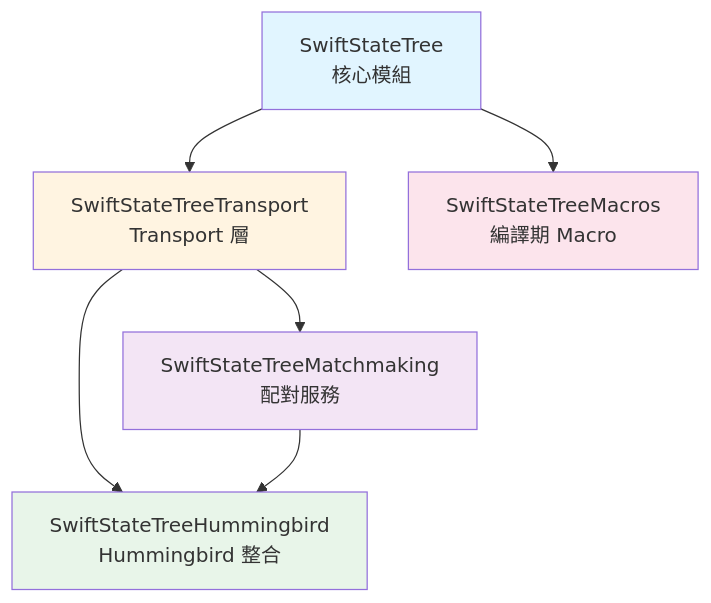
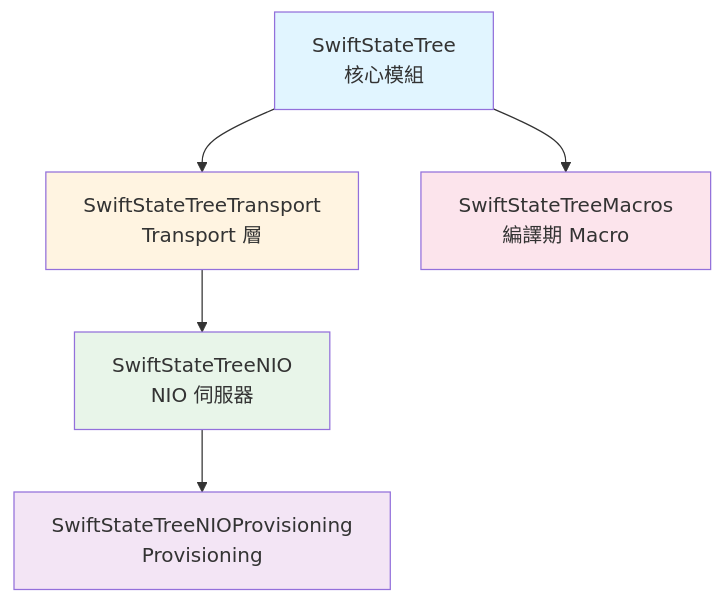
Before and after one commit to gmliao/swift-state-tree: the first of 5 diagrams in docs/overview.zh-TW.md, drawn with Mermaid. The commit also changed other lines of this file and 33 other files, not shown here.

Commit message:
Remove SwiftStateTreeMatchmaking module and related components; integrate matchmaking functionality into NestJS control plane. Archive matchmaking service and lobby functionality, update documentation and testing guidelines accordingly.

````diff
--- a/docs/overview.zh-TW.md
+++ b/docs/overview.zh-TW.md
@@ -24,20 +26,19 @@
 ```mermaid
 graph TD
     Core[SwiftStateTree<br/>核心模組]
     Transport[SwiftStateTreeTransport<br/>Transport 層]
-    Matchmaking[SwiftStateTreeMatchmaking<br/>配對服務]
-    Hummingbird[SwiftStateTreeHummingbird<br/>Hummingbird 整合]
+    NIO[SwiftStateTreeNIO<br/>NIO 伺服器]
+    Provisioning[SwiftStateTreeNIOProvisioning<br/>Provisioning]
     Macros[SwiftStateTreeMacros<br/>編譯期 Macro]
     
     Core --> Transport
     Core --> Macros
-    Transport --> Matchmaking
-    Transport --> Hummingbird
-    Matchmaking --> Hummingbird
+    Transport --> NIO
+    NIO --> Provisioning
     
     style Core fill:#e1f5ff
     style Transport fill:#fff4e1
-    style Hummingbird fill:#e8f5e9
-    style Matchmaking fill:#f3e5f5
+    style NIO fill:#e8f5e9
+    style Provisioning fill:#f3e5f5
     style Macros fill:#fce4ec
 ```
````
